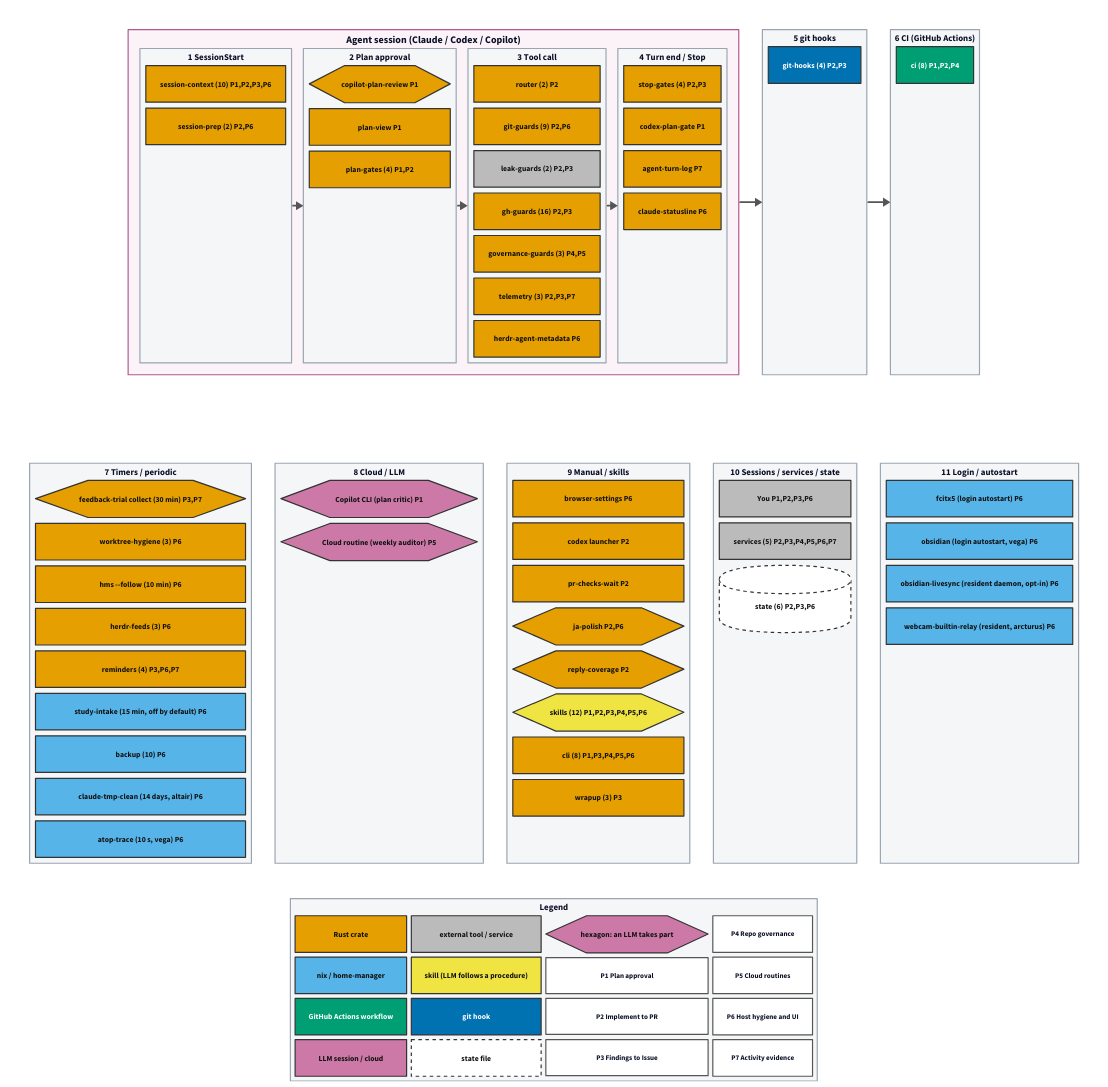
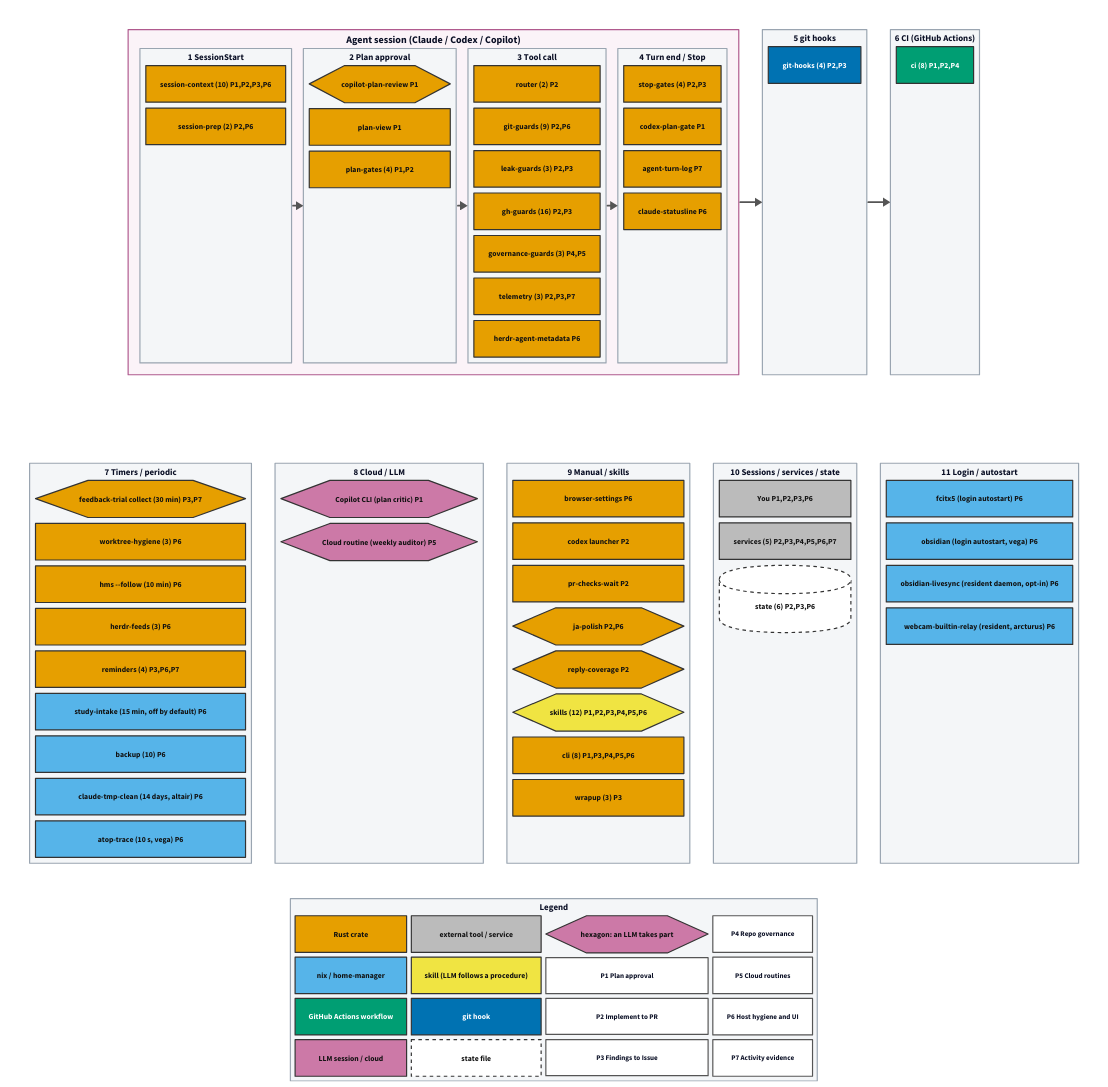
The diagram in docs/assets/pipeline-map/overview.d2 (tarotene/dotfiles), drawn with D2 before and after one commit. The commit also changed 21 other files, not shown here.

```diff
--- a/docs/assets/pipeline-map/overview.d2
+++ b/docs/assets/pipeline-map/overview.d2
@@ -210,8 +210,8 @@
       g_git_guards: "git-guards (9)  P2,P6" {
         class: s_rust
       }
-      g_leak_guards: "leak-guards (2)  P2,P3" {
-        class: s_external
+      g_leak_guards: "leak-guards (3)  P2,P3" {
+        class: s_rust
       }
       g_gh_guards: "gh-guards (16)  P2,P3" {
         class: s_rust
```
